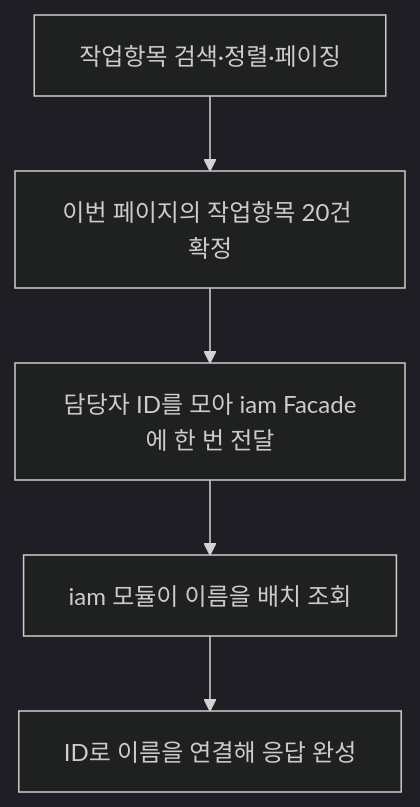
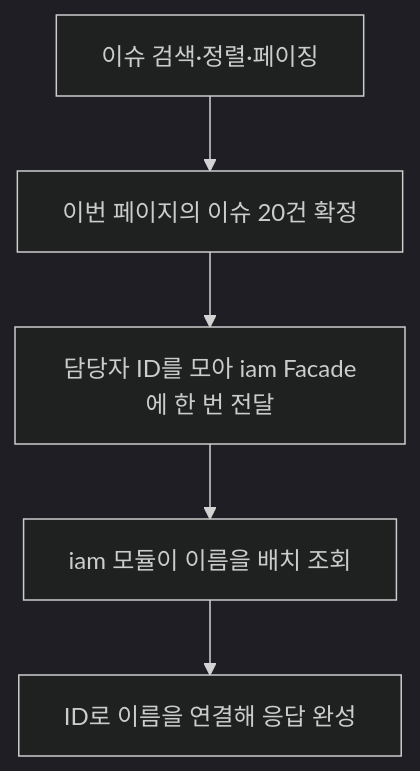
The diagram in .agents/skills/bit-backend/references/04-cross-module-read.md (dev-goraebap/better-issue-tracker), drawn with Mermaid (dark theme) before and after one commit. The commit also changed other lines of this file and 167 other files, not shown here.

````diff
--- a/.agents/skills/bit-backend/references/04-cross-module-read.md
+++ b/.agents/skills/bit-backend/references/04-cross-module-read.md
@@ -12,7 +12,7 @@
 ```mermaid
 flowchart TD
-    A[작업항목 검색·정렬·페이징] --> B[이번 페이지의 작업항목 20건 확정]
+    A[이슈 검색·정렬·페이징] --> B[이번 페이지의 이슈 20건 확정]
     B --> C[담당자 ID를 모아 iam Facade에 한 번 전달]
     C --> D[iam 모듈이 이름을 배치 조회]
     D --> E[ID로 이름을 연결해 응답 완성]
 ```
````
